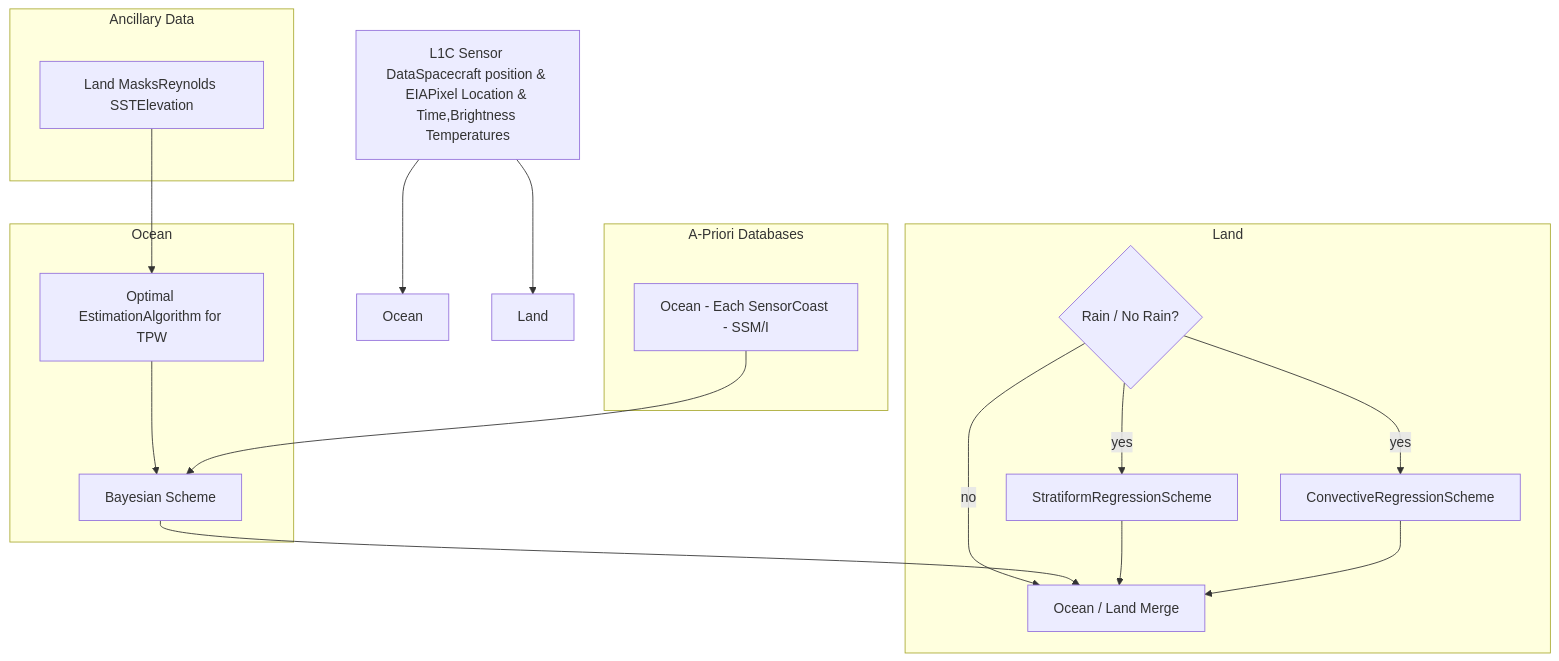
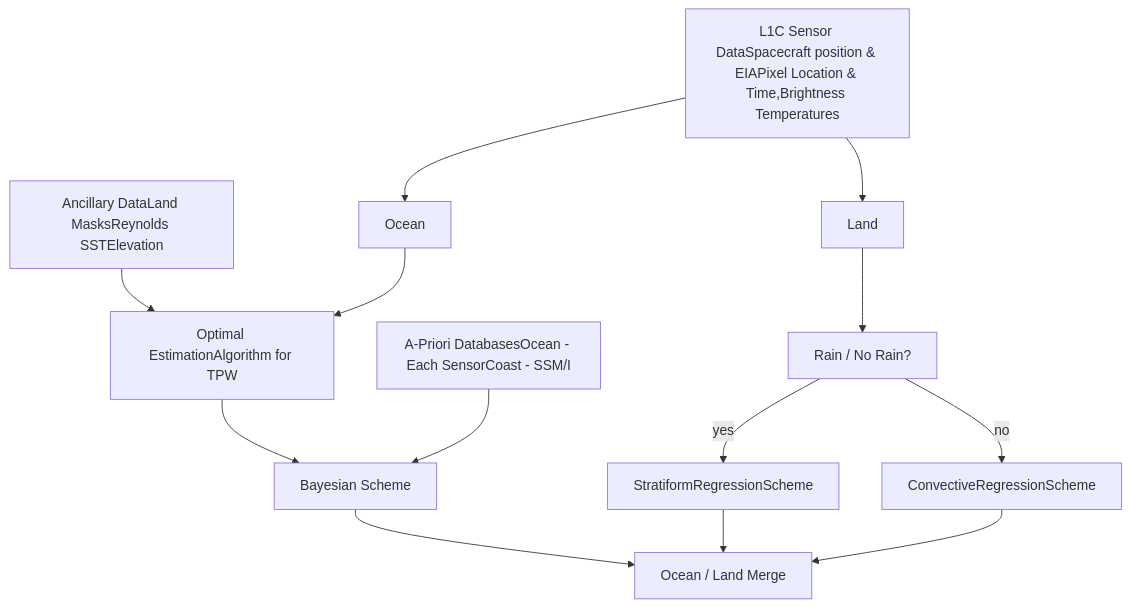
One commit to tiagoguilhermino/llminpe changed the first of 2 diagrams in docs/parse/the evolution_of_the_Goddard_Profiling_Algorithm_to_a_fully_parametric_Scheme.md. Above: the diagram before and after it, drawn with Mermaid. The commit also changed other lines of this file and 7 other files, not shown here.

````diff
--- a/docs/parse/the evolution_of_the_Goddard_Profiling_Algorithm_to_a_fully_parametric_Scheme.md
+++ b/docs/parse/the evolution_of_the_Goddard_Profiling_Algorithm_to_a_fully_parametric_Scheme.md
@@ -107,30 +106,27 @@
 ```mermaid
 graph TD
-    L1C[L1C Sensor DataSpacecraft position & EIAPixel Location & Time,Brightness Temperatures] --> Ocean
+    L1C["L1C Sensor DataSpacecraft position & EIAPixel Location & Time,Brightness Temperatures"]
+    Ancillary["Ancillary DataLand MasksReynolds SSTElevation"]
+    APriori["A-Priori DatabasesOcean - Each SensorCoast - SSM/I"]
+    Ocean["Ocean"]
+    Land["Land"]
+    Optimal["Optimal EstimationAlgorithm for TPW"]
+    RainNoRain["Rain / No Rain?"]
+    Bayesian["Bayesian Scheme"]
+    StratReg["StratiformRegressionScheme"]
+    ConvReg["ConvectiveRegressionScheme"]
+    Merge["Ocean / Land Merge"]
+
+    L1C --> Ocean
     L1C --> Land
-    
-    subgraph Ancillary [Ancillary Data]
-        AD[Land MasksReynolds SSTElevation]
-    end
-    AD --> OE
-    
-    subgraph Ocean_Path [Ocean]
-        OE[Optimal EstimationAlgorithm for TPW] --> BS[Bayesian Scheme]
-    end
-    
-    subgraph Land_Path [Land]
-        RNR{Rain / No Rain?}
-        RNR -- yes --> SRS[StratiformRegressionScheme]
-        RNR -- yes --> CRS[ConvectiveRegressionScheme]
-        RNR -- no --> OLM
-    end
-    
-    subgraph APD [A-Priori Databases]
-        DB[Ocean - Each SensorCoast - SSM/I]
-    end
-    DB --> BS
-    
-    BS --> OLM[Ocean / Land Merge]
-    SRS --> OLM
-    CRS --> OLM
+    Ancillary --> Optimal
+    Optimal --> Bayesian
+    APriori --> Bayesian
+    Ocean --> Optimal
+    Land --> RainNoRain
+    RainNoRain -->|yes| StratReg
+    RainNoRain -->|no| ConvReg
+    Bayesian --> Merge
+    StratReg --> Merge
+    ConvReg --> Merge
 ```
````
